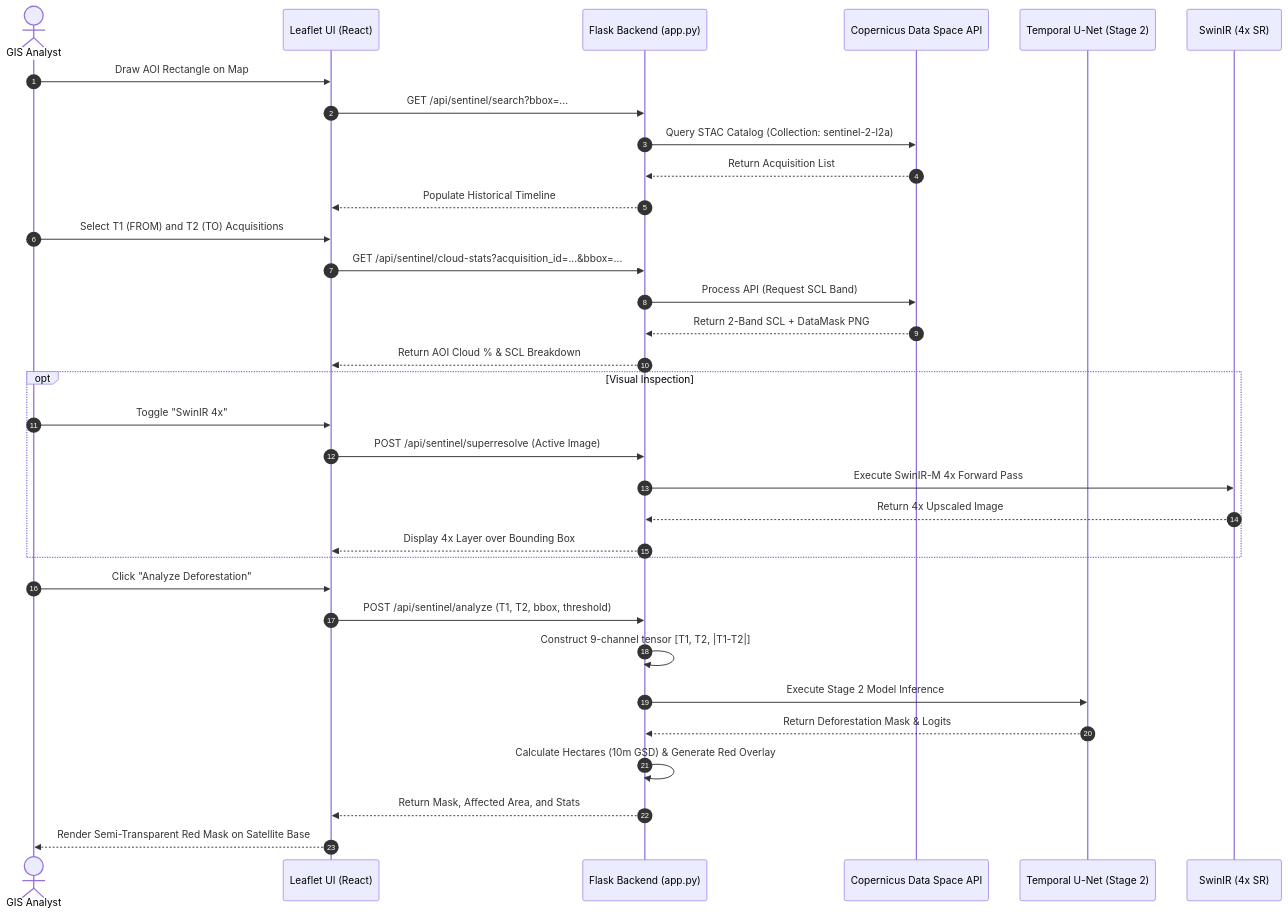
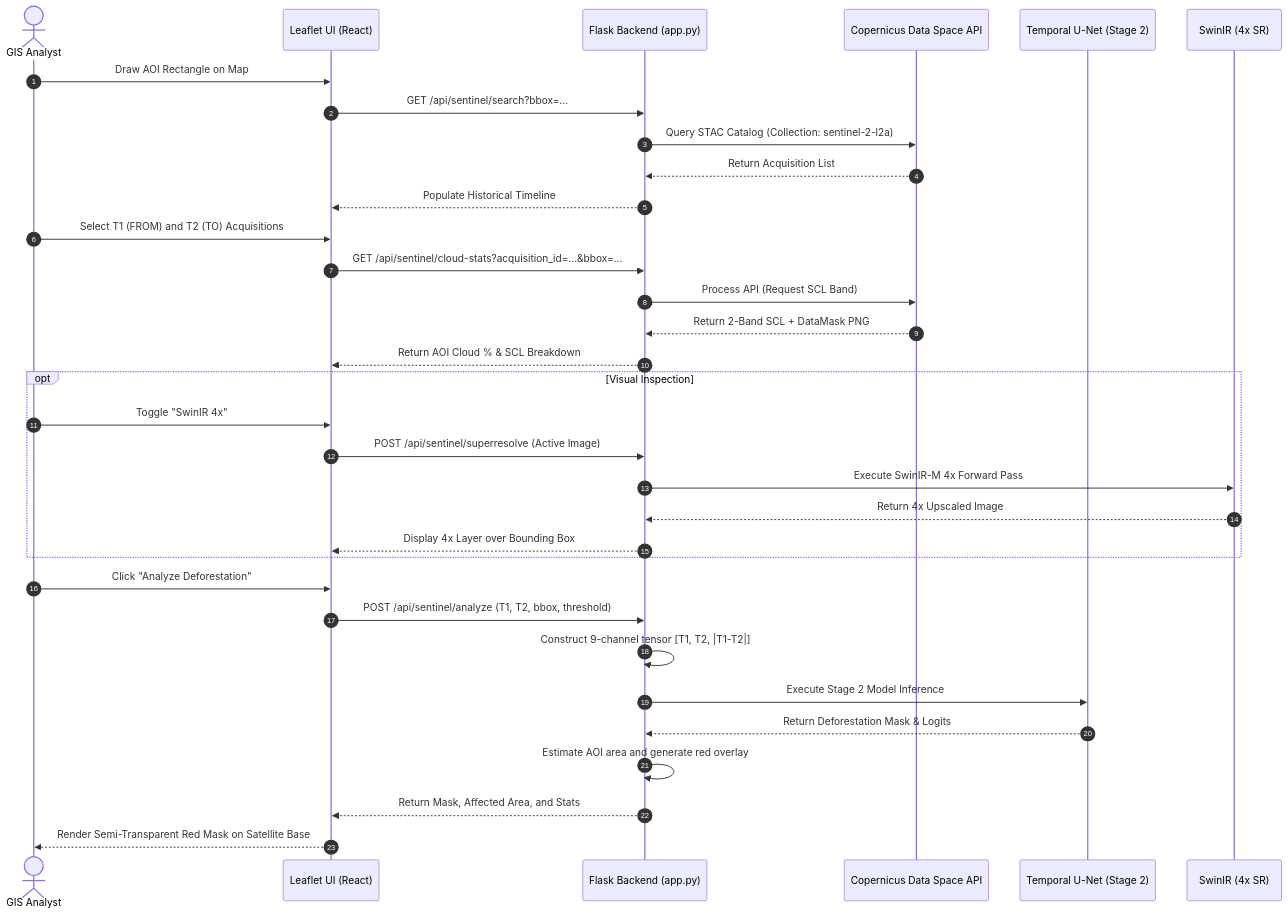
The second of 2 diagrams in README.md (preetham1das/mini_project_preetham), drawn with Mermaid before and after one commit. The commit also changed other lines of this file and 4 other files, not shown here.

````diff
--- a/README.md
+++ b/README.md
@@ -112,39 +112,39 @@
 ```mermaid
 sequenceDiagram
     autonumber
     actor User as GIS Analyst
     participant Map as Leaflet UI (React)
     participant Server as Flask Backend (app.py)
     participant CDSE as Copernicus Data Space API
     participant Model as Temporal U-Net (Stage 2)
     participant Swin as SwinIR (4x SR)
 
     User->>Map: Draw AOI Rectangle on Map
     Map->>Server: GET /api/sentinel/search?bbox=...
     Server->>CDSE: Query STAC Catalog (Collection: sentinel-2-l2a)
     CDSE-->>Server: Return Acquisition List
     Server-->>Map: Populate Historical Timeline
 
     User->>Map: Select T1 (FROM) and T2 (TO) Acquisitions
     Map->>Server: GET /api/sentinel/cloud-stats?acquisition_id=...&bbox=...
     Server->>CDSE: Process API (Request SCL Band)
     CDSE-->>Server: Return 2-Band SCL + DataMask PNG
     Server-->>Map: Return AOI Cloud % & SCL Breakdown
 
     opt Visual Inspection
         User->>Map: Toggle "SwinIR 4x"
         Map->>Server: POST /api/sentinel/superresolve (Active Image)
         Server->>Swin: Execute SwinIR-M 4x Forward Pass
         Swin-->>Server: Return 4x Upscaled Image
         Server-->>Map: Display 4x Layer over Bounding Box
     end
 
     User->>Map: Click "Analyze Deforestation"
     Map->>Server: POST /api/sentinel/analyze (T1, T2, bbox, threshold)
     Server->>Server: Construct 9-channel tensor [T1, T2, |T1-T2|]
     Server->>Model: Execute Stage 2 Model Inference
     Model-->>Server: Return Deforestation Mask & Logits
-    Server->>Server: Calculate Hectares (10m GSD) & Generate Red Overlay
+    Server->>Server: Estimate AOI area and generate red overlay
     Server-->>Map: Return Mask, Affected Area, and Stats
     Map-->>User: Render Semi-Transparent Red Mask on Satellite Base
 ```
````
